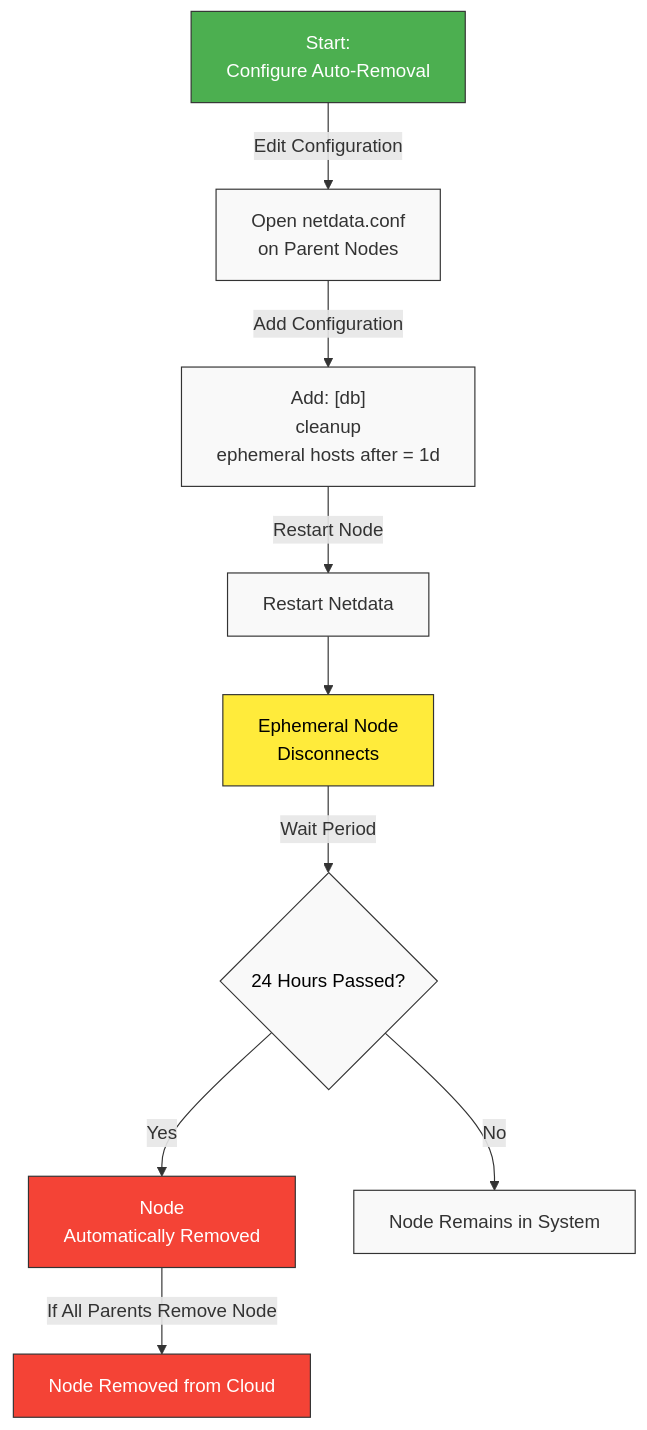
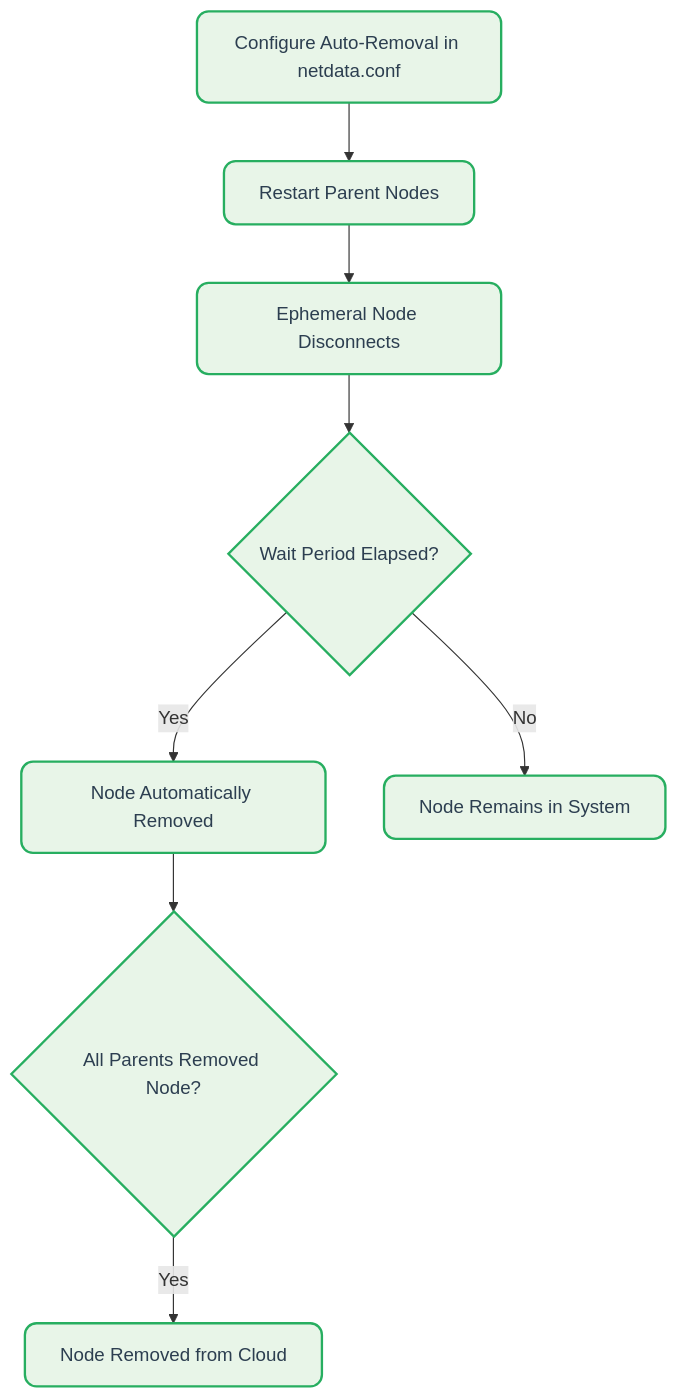
One commit to netdata/netdata changed the fourth of 4 diagrams in docs/nodes-ephemerality.md. Above: the diagram before and after it, drawn with Mermaid. The commit also changed other lines of this file and 7 other files, not shown here.

````diff
--- a/docs/nodes-ephemerality.md
+++ b/docs/nodes-ephemerality.md
@@ -137,21 +165,20 @@
 ```mermaid
 flowchart TD
-    A[Start:<br> Configure Auto-Removal] -->|Edit Configuration| B[Open netdata.conf<br> on Parent Nodes]
-    B -->|Add Configuration| C["Add: [db]\ncleanup<br> ephemeral hosts after = 1d"]
-    C -->|Restart Node| D[Restart Netdata]
-    D --> E[Ephemeral Node<br> Disconnects]
-    E -->|Wait Period| F{24 Hours Passed?}
-    F -->|Yes| G[Node<br> Automatically Removed]
-    F -->|No| H[Node Remains in System]
-    G -->|If All Parents Remove Node| I[Node Removed from Cloud]
-    
-    style A fill:#4caf50,stroke:#333,stroke-width:1px,color:white
-    style B fill:#f9f9f9,stroke:#333,stroke-width:1px,color:#333
-    style C fill:#f9f9f9,stroke:#333,stroke-width:1px,color:#333
-    style D fill:#f9f9f9,stroke:#333,stroke-width:1px,color:#333
-    style E fill:#ffeb3b,stroke:#333,stroke-width:1px,color:black
-    style F fill:#f9f9f9,stroke:#333,stroke-width:1px,color:black
-    style G fill:#f44336,stroke:#333,stroke-width:1px,color:white
-    style H fill:#f9f9f9,stroke:#333,stroke-width:1px,color:#333
-    style I fill:#f44336,stroke:#333,stroke-width:1px,color:white
+    A[Configure Auto-Removal in netdata.conf] --> B[Restart Parent Nodes]
+    B --> C[Ephemeral Node Disconnects]
+    C --> D{Wait Period Elapsed?}
+    D -->|Yes| E[Node Automatically Removed]
+    D -->|No| F[Node Remains in System]
+    E --> G{All Parents Removed Node?}
+    G -->|Yes| H[Node Removed from Cloud]
+    classDef step fill: #e8f5e8, stroke: #27ae60, stroke-width: 2px, color: #2c3e50, rx: 10, ry: 10
+    classDef alert fill: #ffe8e8, stroke: #e74c3c, stroke-width: 2px, color: #2c3e50, rx: 10, ry: 10
+    class A step
+    class B step
+    class C step
+    class D step
+    class E step
+    class F step
+    class G step
+    class H step
 ```
````
